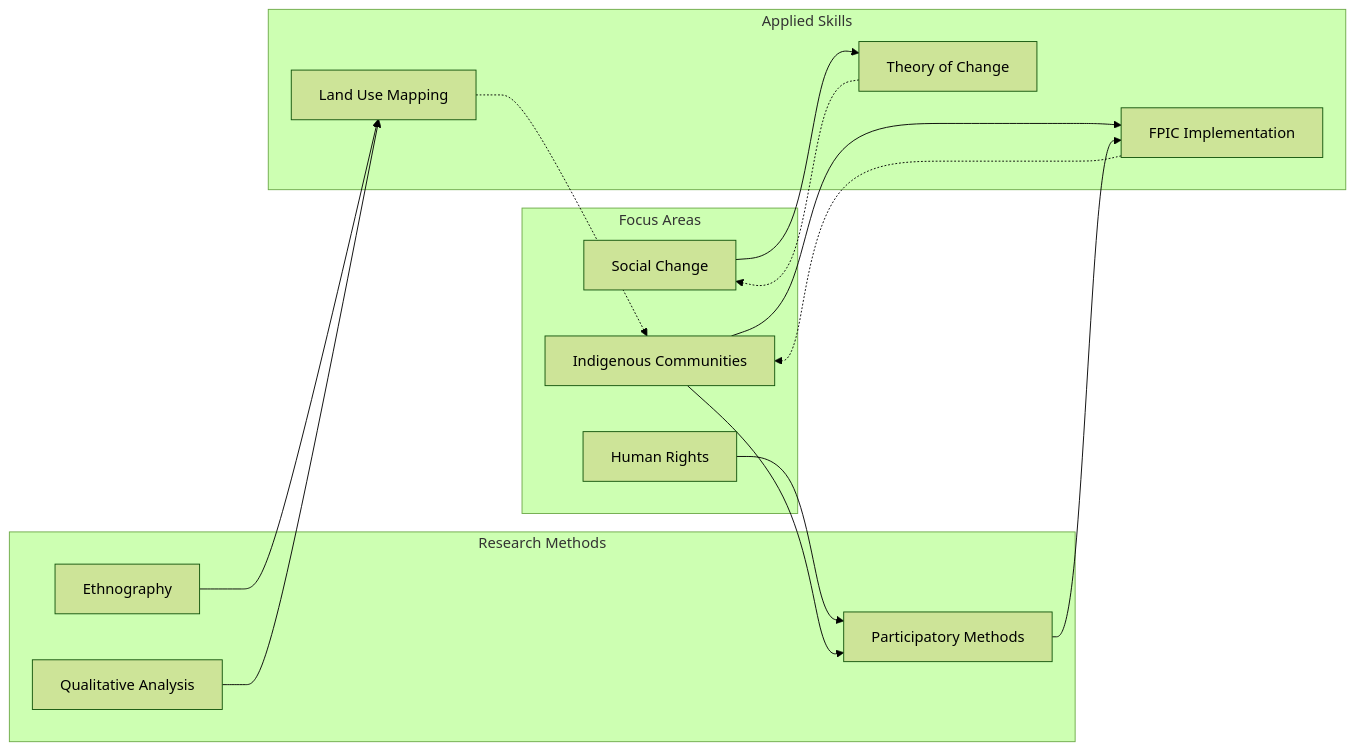
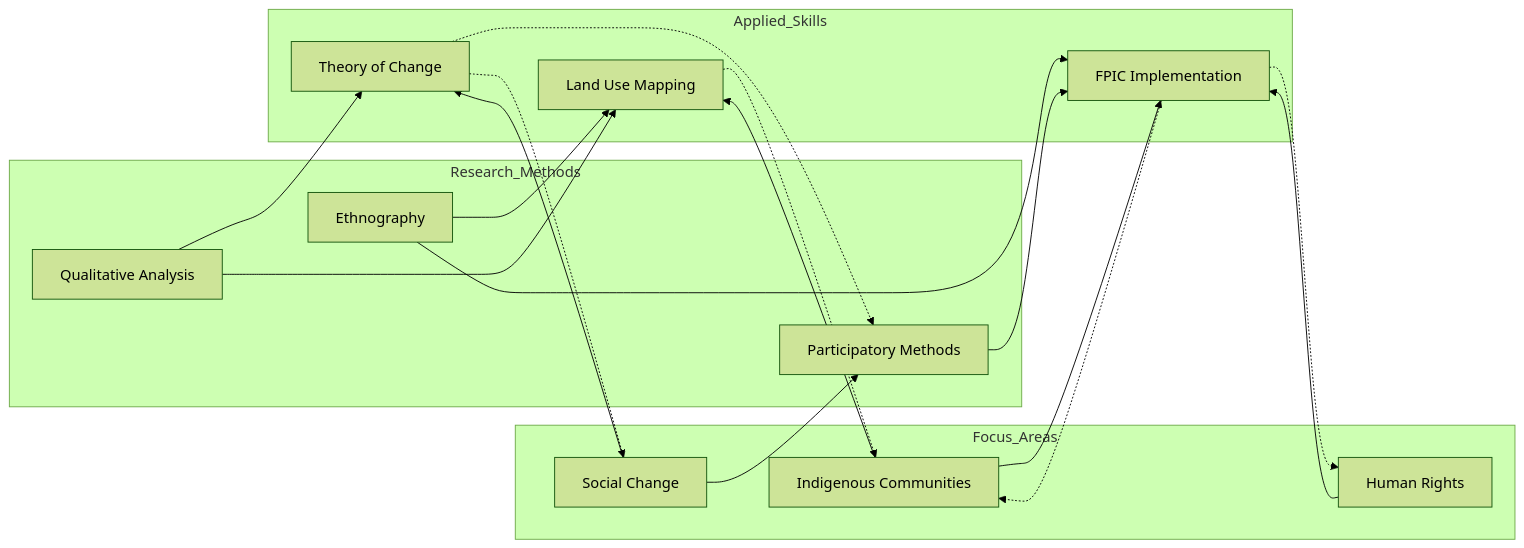
Before and after one commit to aahincapie/aahincapie.github.io: the second of 3 diagrams in pages/about.md, drawn with Mermaid (forest theme). The commit also changed other lines of this file, not shown here.

Commit message:
new mermaid

```diff
--- a/pages/about.md
+++ b/pages/about.md
@@ -131,31 +132,35 @@
 <pre class="mermaid">
 graph LR
-    subgraph Research Methods
-    D[Ethnography]:::methods
-    E[Qualitative Analysis]:::methods
-    F[Participatory Methods]:::methods
+    subgraph Research_Methods
+        D[Ethnography]:::methods
+        E[Qualitative Analysis]:::methods
+        F[Participatory Methods]:::methods
     end
 
-    subgraph Focus Areas
-    G[Human Rights]:::focus
-    H[Indigenous Communities]:::focus
-    I[Social Change]:::focus
+    subgraph Focus_Areas
+        G[Human Rights]:::focus
+        H[Indigenous Communities]:::focus
+        I[Social Change]:::focus
     end
 
-    subgraph Applied Skills
-    J[Land Use Mapping]:::applied
-    K[FPIC Implementation]:::applied
-    L[Theory of Change]:::applied
+    subgraph Applied_Skills
+        J[Land Use Mapping]:::applied
+        K[FPIC Implementation]:::applied
+        L[Theory of Change]:::applied
     end
 
-    D & E --> J
-    H --> K
-    G & H --> F
+    %% Main connections
+    D --> J & K
+    E --> J & L
     F --> K
-    I --> L
     
-    %% Interconnections
-    K -.-> H
+    %% Focus area connections
+    G --> K
+    H --> J & K
+    I --> L & F
+
+    %% Cross-area relationships
     J -.-> H
-    L -.-> I
+    K -.-> G & H
+    L -.-> I & F
 </pre>
```
